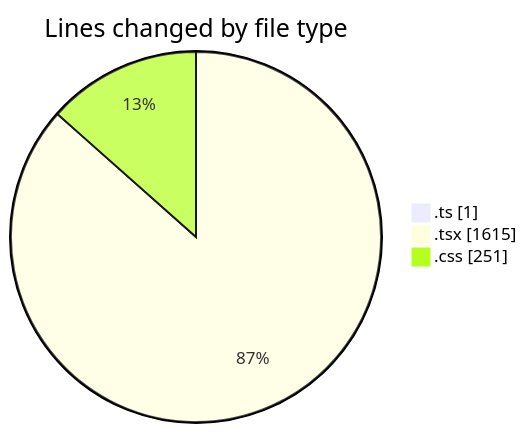
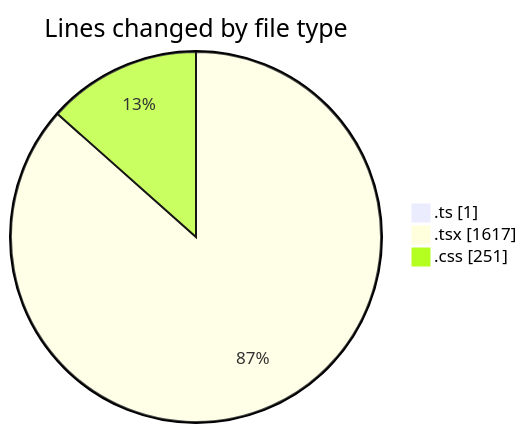
Before and after one commit to robertbonfada/code-tracking: the first of 2 diagrams in 2025-01-31/audiobooks-web/README.md, drawn with Mermaid. The commit also changed other lines of this file and 1 other file, not shown here.

````diff
--- a/2025-01-31/audiobooks-web/README.md
+++ b/2025-01-31/audiobooks-web/README.md
@@ -34,7 +34,7 @@
 ```mermaid
 pie showData
 title Lines changed by file type
 ".ts" : 1
-".tsx" : 1615
+".tsx" : 1617
 ".css" : 251
 ```
````
